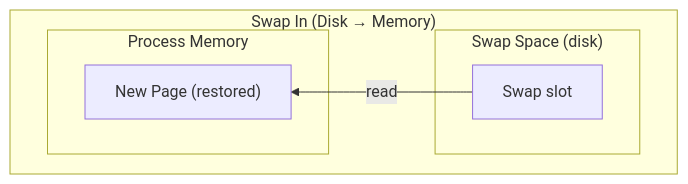
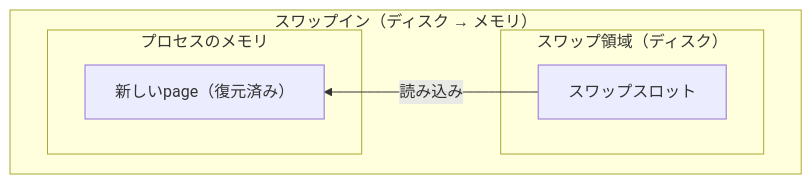
Before and after one commit to doguto/linux-kernel-internals-jp: the second of 16 diagrams in docs/mm/swapping.md, drawn with Mermaid. The commit also changed other lines of this file and 27 other files, not shown here.

````diff
--- a/docs/mm/swapping.md
+++ b/docs/mm/swapping.md
@@ -24,13 +24,13 @@
 ```mermaid
 flowchart RL
-    subgraph SwapIn["Swap In (Disk → Memory)"]
+    subgraph SwapIn["スワップイン（ディスク → メモリ）"]
         direction RL
-        subgraph SS2["Swap Space (disk)"]
-            SL2["Swap slot"]
+        subgraph SS2["スワップ領域（ディスク）"]
+            SL2["スワップスロット"]
         end
-        subgraph PM2["Process Memory"]
-            NP["New Page (restored)"]
+        subgraph PM2["プロセスのメモリ"]
+            NP["新しいpage（復元済み）"]
         end
-        SL2 -->|read| NP
+        SL2 -->|読み込み| NP
     end
 ```
````
